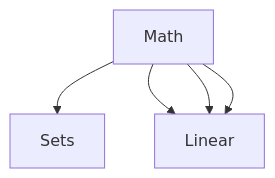
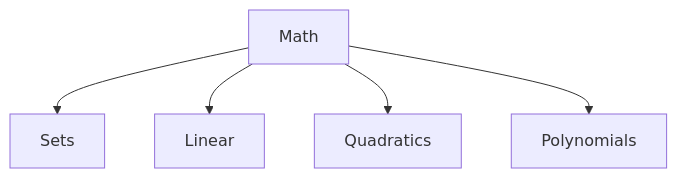
Before and after one commit to ccmas88/Hello-World: the diagram in README.md, drawn with Mermaid.

````diff
--- a/README.md
+++ b/README.md
@@ -6,7 +6,7 @@
 ```mermaid
 graph TD;
     Math-->Sets;
     Math-->Linear;
-    Math-->Linear;
-    Math-->Linear;
+    Math-->Quadratics;
+    Math-->Polynomials;
 ```
````
